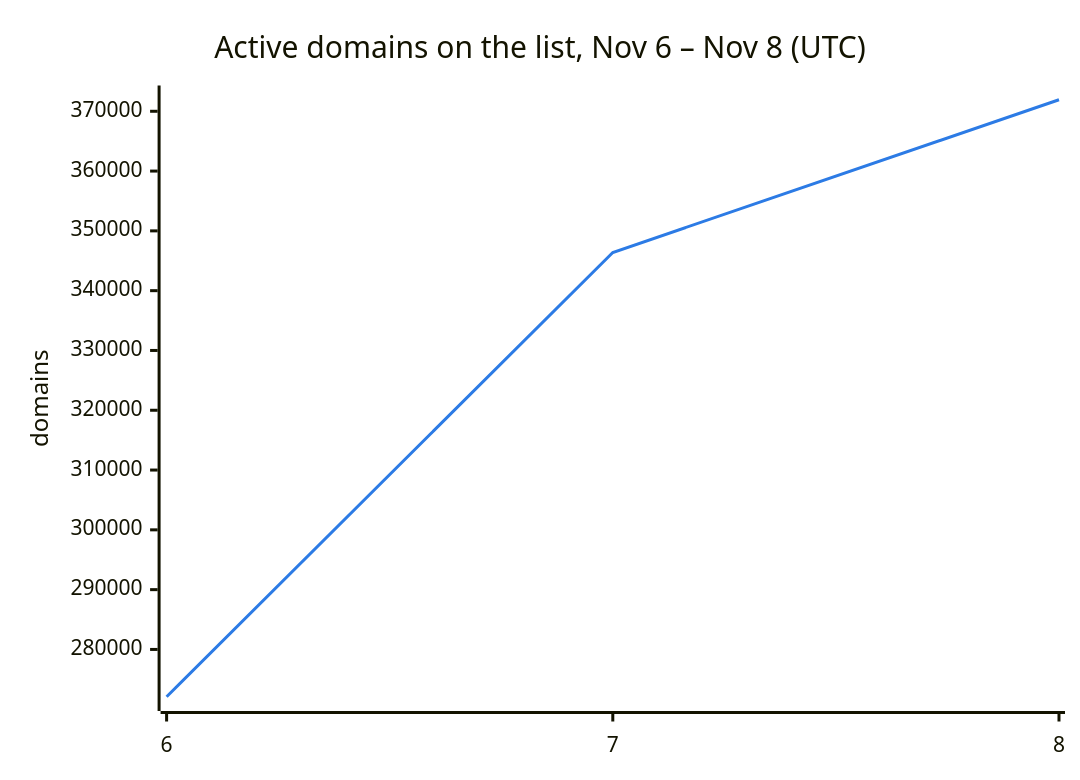
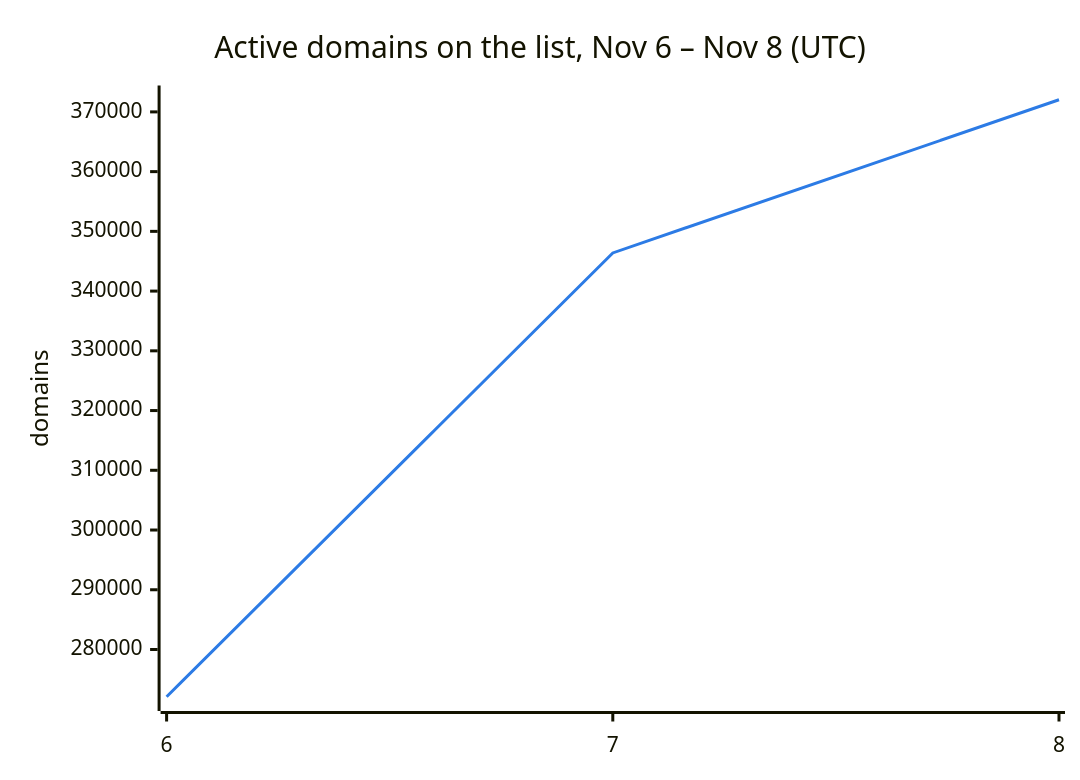
One commit to DNSBunker/CTI changed the second of 3 diagrams in README.md. Above: the diagram before and after it, drawn with Mermaid. The commit also changed other lines of this file and 3 other files, not shown here.

````diff
--- a/README.md
+++ b/README.md
@@ -38,8 +38,8 @@
 ```mermaid
 %%{init: {"themeVariables": {"xyChart": {"plotColorPalette": "#2c7be5"}}}}%%
 xychart-beta
     title "Active domains on the list, Nov 6 – Nov 8 (UTC)"
     x-axis ["6", "7", "8"]
     y-axis "domains"
-    line [272088, 346388, 371927]
+    line [272088, 346388, 372033]
 ```
````
